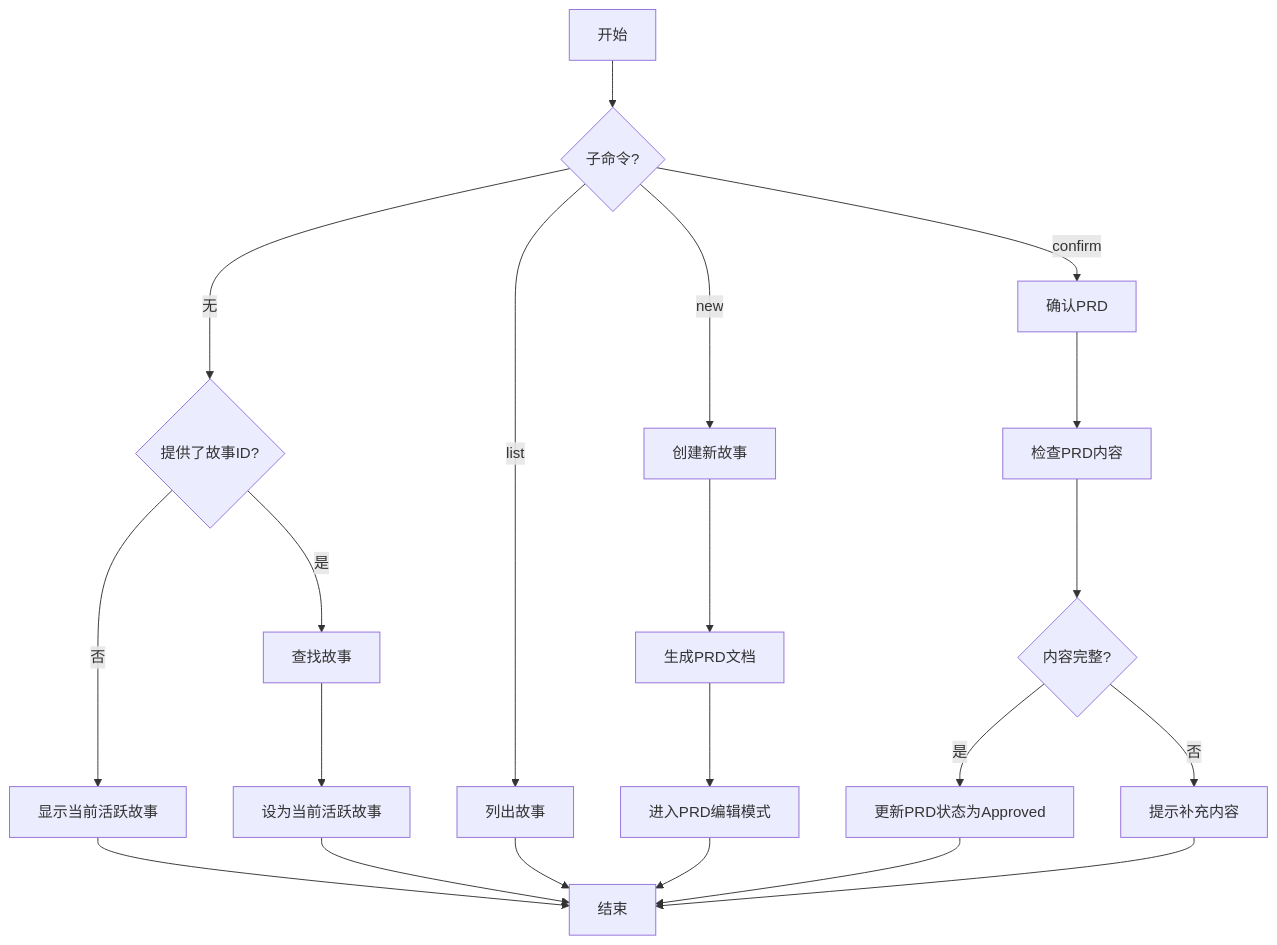
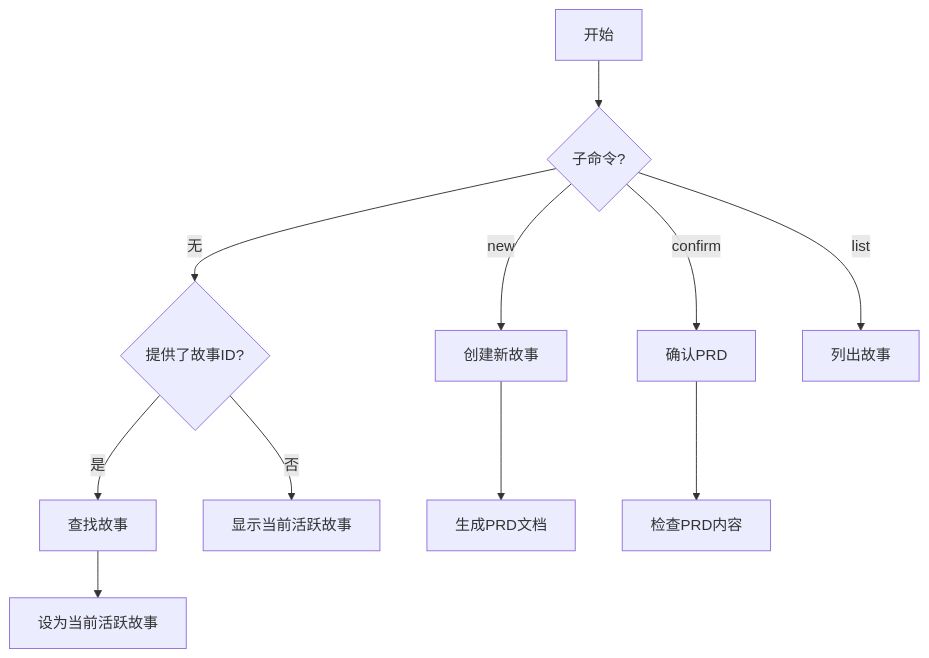
The first of 2 diagrams in .cursor/rules/command-rules/story-command.mdc (jacobcy/VibeCopilot), drawn with Mermaid before and after one commit. The commit also changed other lines of this file and 17 other files, not shown here.

````diff
--- a/.cursor/rules/command-rules/story-command.mdc
+++ b/.cursor/rules/command-rules/story-command.mdc
@@ -37,28 +34,13 @@
 ```mermaid
 flowchart TD
     A[开始] --> B{子命令?}
     B -->|无| C{提供了故事ID?}
     B -->|new| N[创建新故事]
     B -->|confirm| O[确认PRD]
     B -->|list| P[列出故事]
-
     C -->|是| D[查找故事]
     C -->|否| E[显示当前活跃故事]
-
     N --> Q[生成PRD文档]
-    Q --> R[进入PRD编辑模式]
-
     O --> S[检查PRD内容]
-    S --> T{内容完整?}
-    T -->|是| U[更新PRD状态为Approved]
-    T -->|否| V[提示补充内容]
-
     D --> F[设为当前活跃故事]
-
-    E --> G[结束]
-    F --> G
-    P --> G
-    R --> G
-    U --> G
-    V --> G
 ```
````
